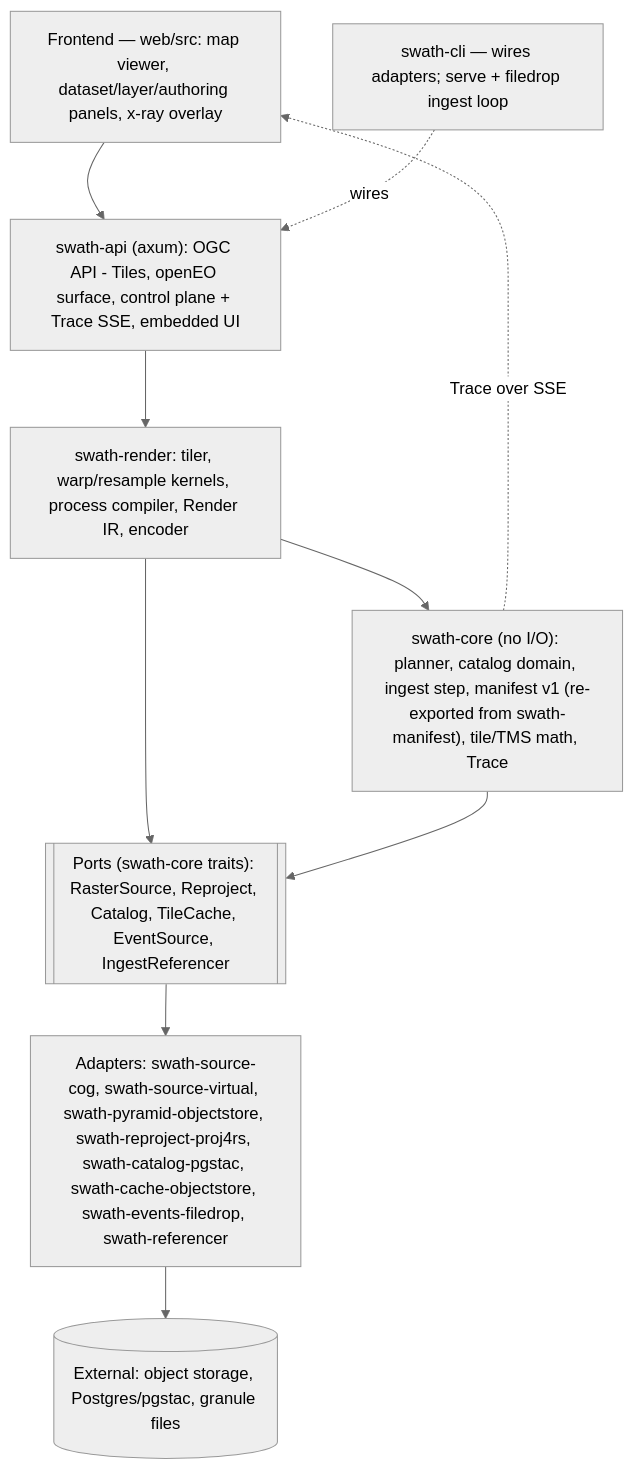
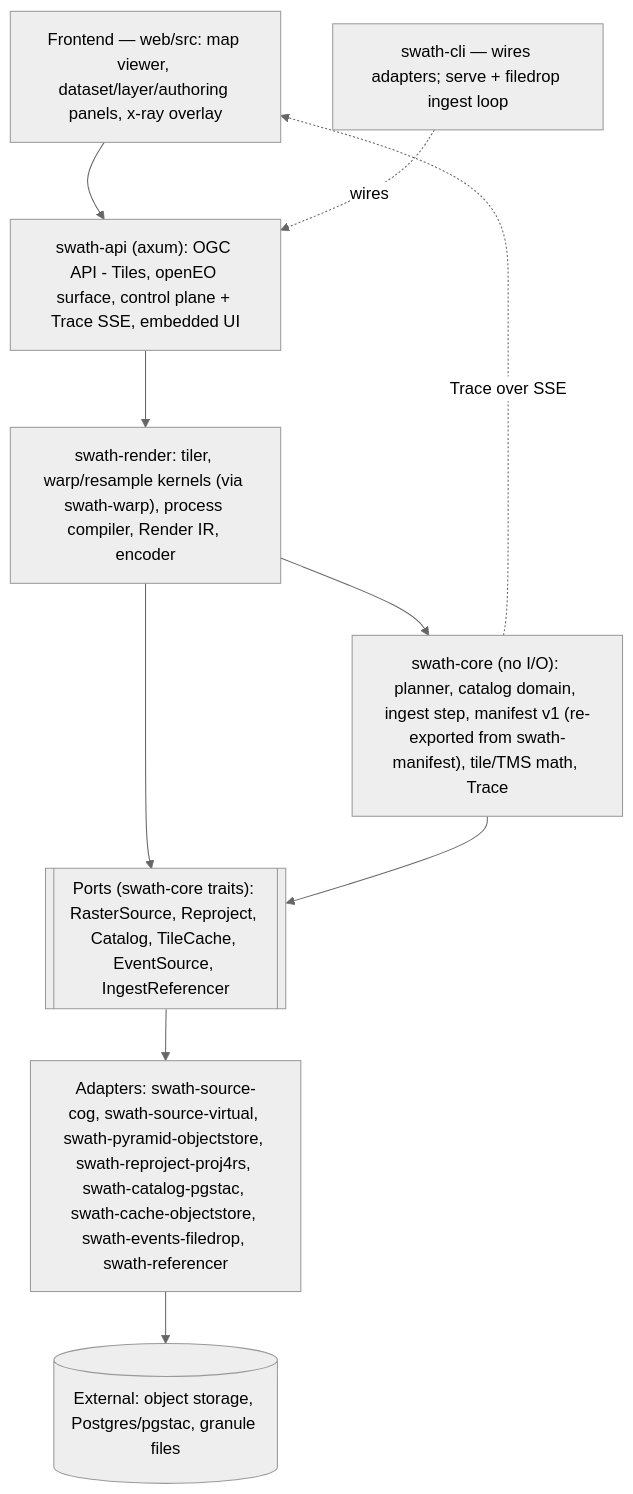
The diagram in docs/ARCHITECTURE.md (forgo/swath), drawn with Mermaid (neutral theme) before and after one commit. The commit also changed other lines of this file and 31 other files, not shown here.

First line of the commit message:
feat: extract swath-warp — the GDAL-exact kernel as a standalone crate (#235)

````diff
--- a/docs/ARCHITECTURE.md
+++ b/docs/ARCHITECTURE.md
@@ -44,17 +44,17 @@
 ```mermaid
 flowchart TB
   FE["Frontend — web/src: map viewer, dataset/layer/authoring panels, x-ray overlay"]
   IN["swath-api (axum): OGC API - Tiles, openEO surface, control plane + Trace SSE, embedded UI"]
-  RENDER["swath-render: tiler, warp/resample kernels, process compiler, Render IR, encoder"]
+  RENDER["swath-render: tiler, warp/resample kernels (via swath-warp), process compiler, Render IR, encoder"]
   CORE["swath-core (no I/O): planner, catalog domain, ingest step, manifest v1 (re-exported from swath-manifest), tile/TMS math, Trace"]
   PORTS[["Ports (swath-core traits): RasterSource, Reproject, Catalog, TileCache, EventSource, IngestReferencer"]]
   ADS["Adapters: swath-source-cog, swath-source-virtual, swath-pyramid-objectstore, swath-reproject-proj4rs, swath-catalog-pgstac, swath-cache-objectstore, swath-events-filedrop, swath-referencer"]
   EXT[("External: object storage, Postgres/pgstac, granule files")]
   CLI["swath-cli — wires adapters; serve + filedrop ingest loop"]
 
   FE --> IN --> RENDER --> CORE
   RENDER --> PORTS
   CORE --> PORTS --> ADS --> EXT
   CLI -. wires .-> IN
   CORE -. Trace over SSE .-> FE
 ```
````
